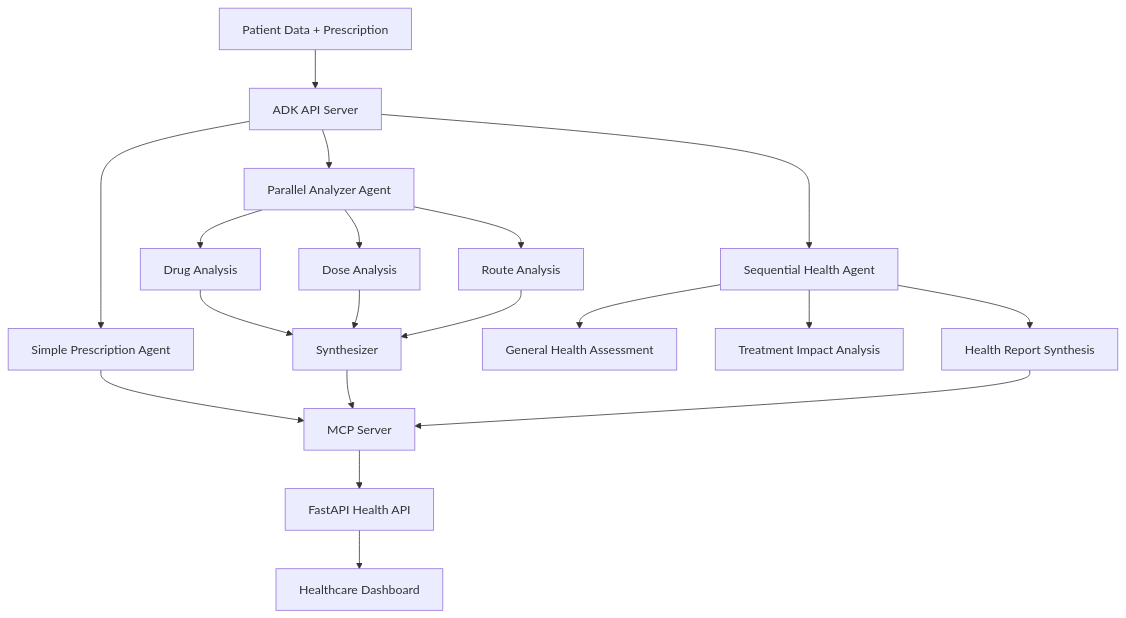
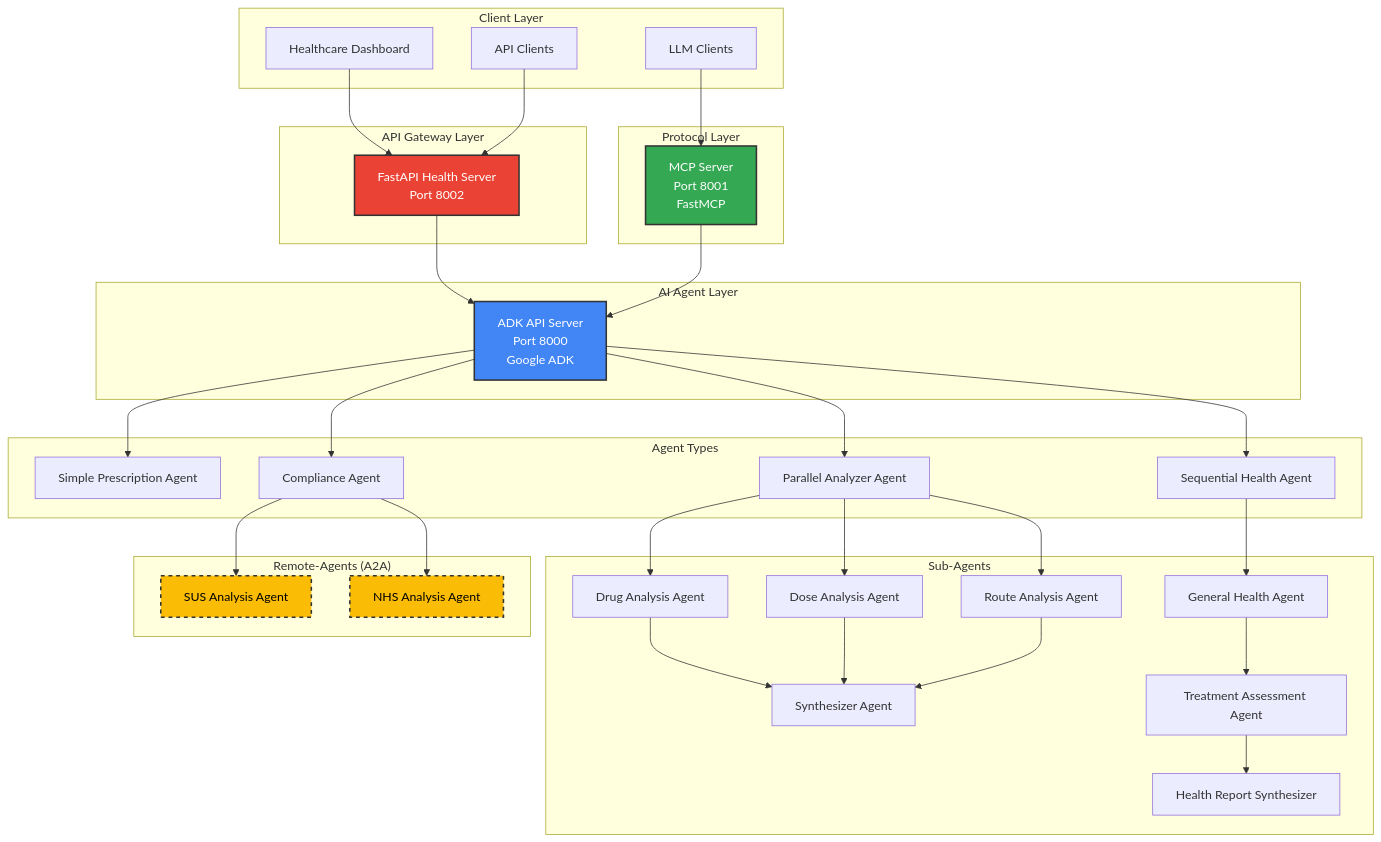
One commit to xValentim/adk-grun-health changed the diagram in README.md. Above: the diagram before and after it, drawn with Mermaid. The commit also changed other lines of this file and 5 other files, not shown here.

````diff
--- a/README.md
+++ b/README.md
@@ -38,25 +64,74 @@
 ```mermaid
-graph TD
-    A[Patient Data + Prescription] -->  B[ADK API Server]
-    B --> C[Simple Prescription Agent]
-    B --> D[Parallel Analyzer Agent]  
-    B --> E[Sequential Health Agent]
+graph TB
+    subgraph "Client Layer"
+        UI[Healthcare Dashboard]
+        API_CLIENT[API Clients]
+        LLM_CLIENT[LLM Clients]
+    end
     
-    D --> F[Drug Analysis]
-    D --> G[Dose Analysis] 
-    D --> H[Route Analysis]
+    subgraph "API Gateway Layer"
+        FASTAPI[FastAPI Health Server<br/>Port 8002]
+    end
+    
+    subgraph "Protocol Layer"  
+        MCP[MCP Server<br/>Port 8001<br/>FastMCP]
+    end
+    
+    subgraph "AI Agent Layer"
+        ADK[ADK API Server<br/>Port 8000<br/>Google ADK]
+    end
+    
+    subgraph "Agent Types"
+        SIMPLE[Simple Prescription Agent]
+        PARALLEL[Parallel Analyzer Agent] 
+        SEQUENTIAL[Sequential Health Agent]
+        COMPLIANCE[Compliance Agent]
+    end
+    
+    subgraph "Sub-Agents"
+        DRUG[Drug Analysis Agent]
+        DOSE[Dose Analysis Agent]
+        ROUTE[Route Analysis Agent]
+        SYNTH1[Synthesizer Agent]
+        
+        GENERAL[General Health Agent]
+        TREATMENT[Treatment Assessment Agent]
+        SYNTH2[Health Report Synthesizer]
+    end
 
-    F --> I[Synthesizer]
-    G --> I
-    H --> I
+    subgraph "Remote-Agents (A2A)"
+        SUS_COMPLIANCE[SUS Analysis Agent]
+        NHS_COMPLIANCE[NHS Analysis Agent]
+    end
     
-    E --> J[General Health Assessment]
-    E --> K[Treatment Impact Analysis]
-    E --> L[Health Report Synthesis]
+    UI --> FASTAPI
+    API_CLIENT --> FASTAPI
+    FASTAPI --> ADK
+    LLM_CLIENT --> MCP
+    MCP --> ADK
     
-    C --> M[MCP Server]
-    I --> M
-    L --> M
-    M --> N[FastAPI Health API]
-    N --> O[Healthcare Dashboard]
+    ADK --> SIMPLE
+    ADK --> PARALLEL
+    ADK --> SEQUENTIAL
+    ADK --> COMPLIANCE
+    
+    PARALLEL --> DRUG
+    PARALLEL --> DOSE  
+    PARALLEL --> ROUTE
+    DRUG --> SYNTH1
+    DOSE --> SYNTH1
+    ROUTE --> SYNTH1
+    
+    SEQUENTIAL --> GENERAL
+    GENERAL --> TREATMENT
+    TREATMENT --> SYNTH2
+
+    COMPLIANCE --> SUS_COMPLIANCE
+    COMPLIANCE --> NHS_COMPLIANCE
+    
+    style ADK fill:#4285f4,stroke:#333,stroke-width:2px,color:#fff
+    style MCP fill:#34a853,stroke:#333,stroke-width:2px,color:#fff
+    style FASTAPI fill:#ea4335,stroke:#333,stroke-width:2px,color:#fff
+    style SUS_COMPLIANCE fill:#fbbc05,stroke:#333,stroke-width:2px,stroke-dasharray: 5 5,color:#000
+    style NHS_COMPLIANCE fill:#fbbc05,stroke:#333,stroke-width:2px,stroke-dasharray: 5 5,color:#000
 ```
````
